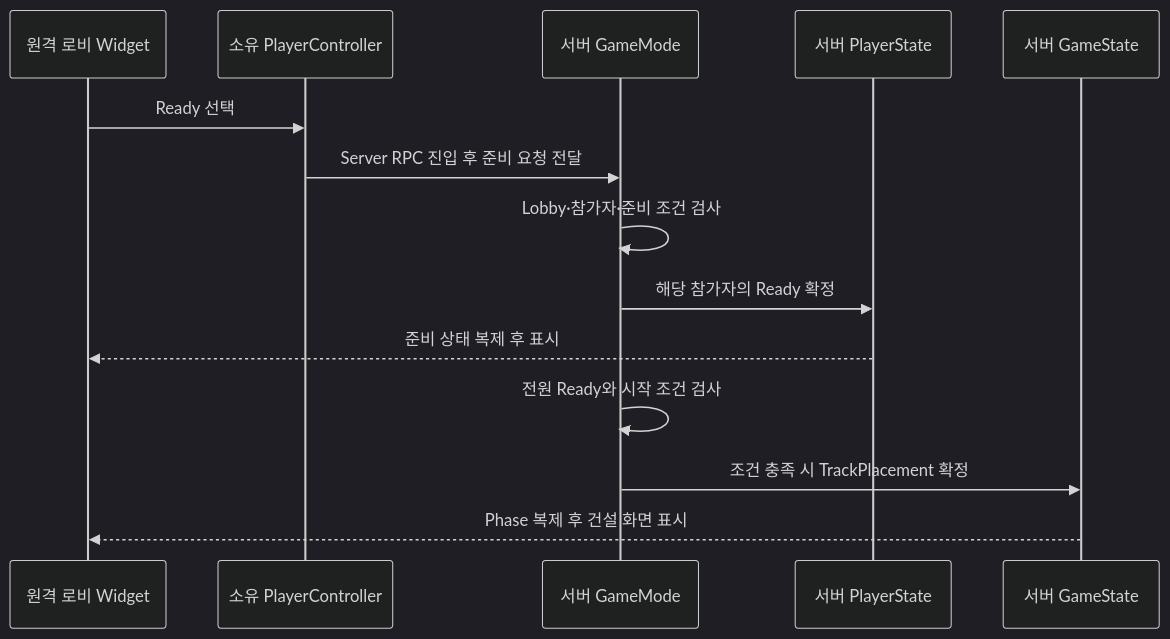
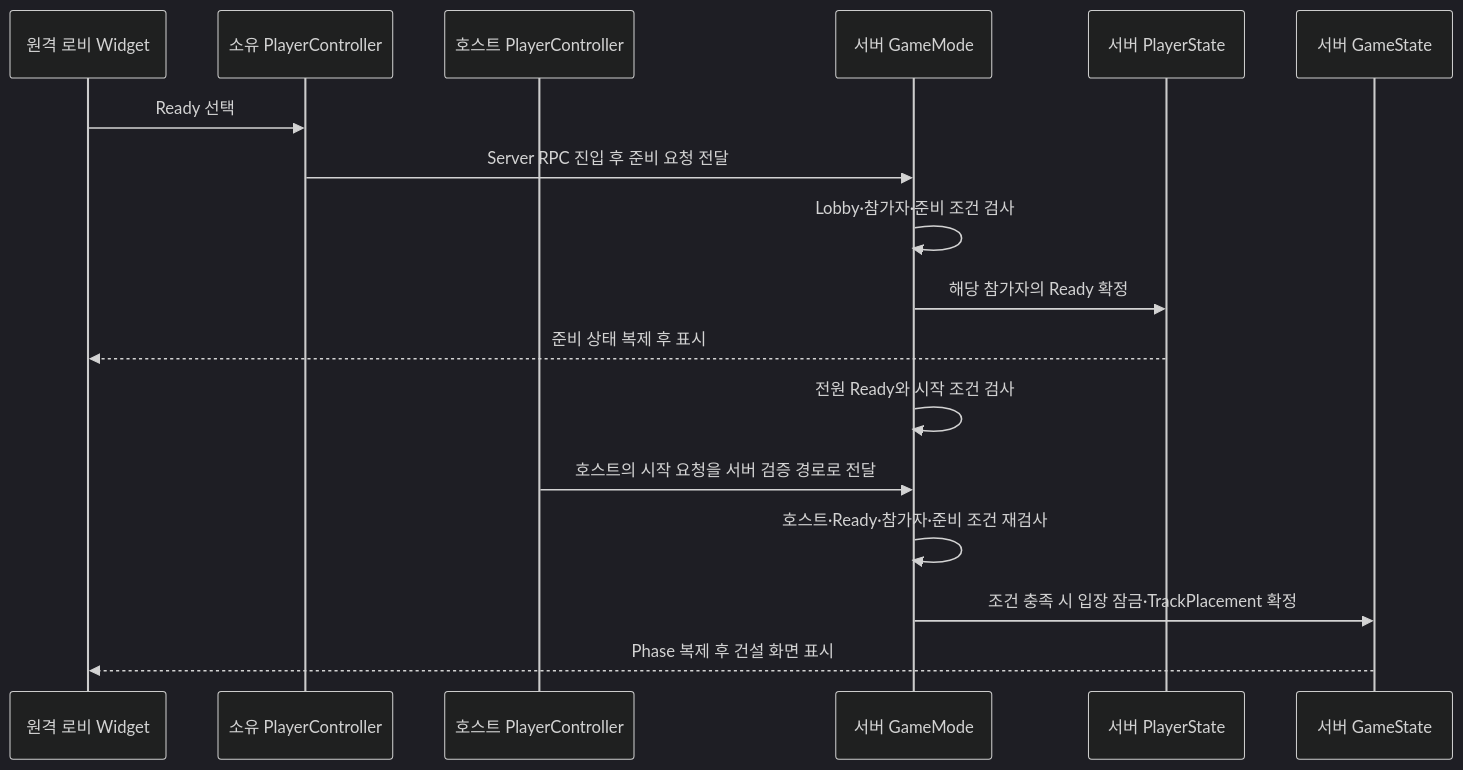
Before and after one commit to kevin6091/ProjectMW: the second of 2 diagrams in Docs/Shared/Client,Server/08_리슨서버_구조와_Gameplay_Framework.md, drawn with Mermaid (dark theme). The commit also changed other lines of this file and 8 other files, not shown here.

````diff
--- a/Docs/Shared/Client,Server/08_리슨서버_구조와_Gameplay_Framework.md
+++ b/Docs/Shared/Client,Server/08_리슨서버_구조와_Gameplay_Framework.md
@@ -180,16 +192,19 @@
 ```mermaid
 sequenceDiagram
     participant UI as 원격 로비 Widget
     participant PC as 소유 PlayerController
+    participant H as 호스트 PlayerController
     participant GM as 서버 GameMode
     participant PS as 서버 PlayerState
     participant GS as 서버 GameState
     UI->>PC: Ready 선택
     PC->>GM: Server RPC 진입 후 준비 요청 전달
     GM->>GM: Lobby·참가자·준비 조건 검사
     GM->>PS: 해당 참가자의 Ready 확정
     PS-->>UI: 준비 상태 복제 후 표시
     GM->>GM: 전원 Ready와 시작 조건 검사
-    GM->>GS: 조건 충족 시 TrackPlacement 확정
+    H->>GM: 호스트의 시작 요청을 서버 검증 경로로 전달
+    GM->>GM: 호스트·Ready·참가자·준비 조건 재검사
+    GM->>GS: 조건 충족 시 입장 잠금·TrackPlacement 확정
     GS-->>UI: Phase 복제 후 건설 화면 표시
 ```
````
